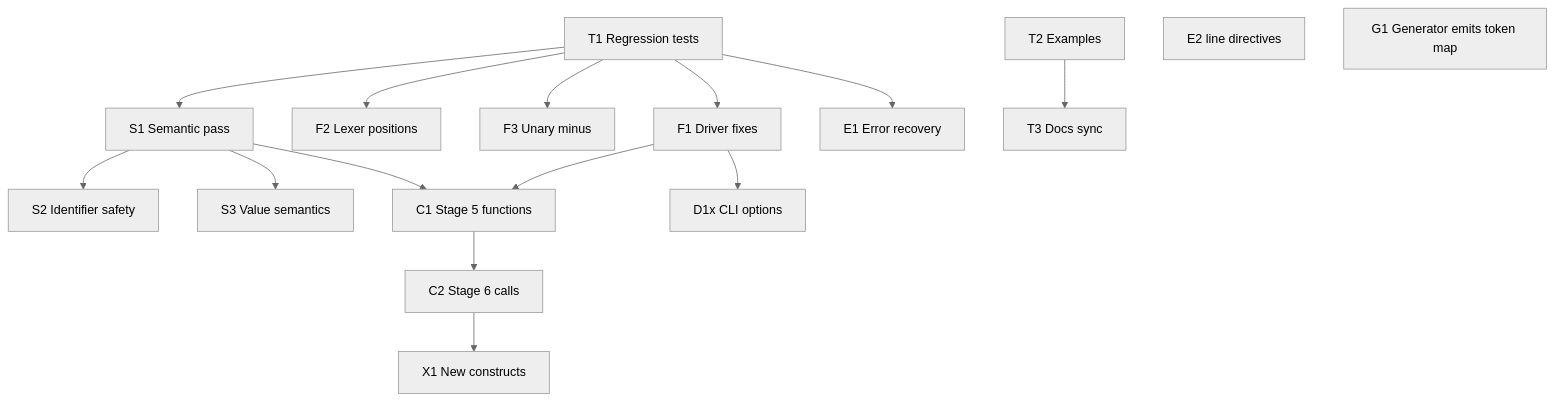
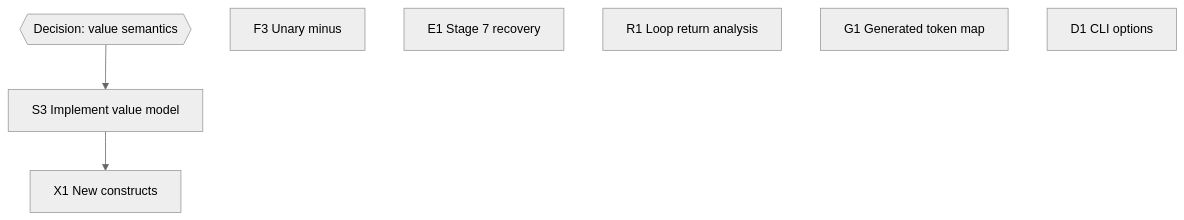
The diagram in docs/FayZul_Development_Roadmap.md (mahadashan/FayZul), drawn with Mermaid (neutral theme) before and after one commit. The commit also changed other lines of this file and 174 other files, not shown here.

````diff
--- a/docs/FayZul_Development_Roadmap.md
+++ b/docs/FayZul_Development_Roadmap.md
@@ -139,18 +119,10 @@
 ```mermaid
 flowchart TD
-    T1[T1 Regression tests] --> F1[F1 Driver fixes]
-    T1 --> F2[F2 Lexer positions]
-    T1 --> F3[F3 Unary minus]
-    T1 --> S1[S1 Semantic pass]
-    T1 --> E1[E1 Error recovery]
-    T2[T2 Examples] --> T3[T3 Docs sync]
-    S1 --> S2[S2 Identifier safety]
-    S1 --> S3[S3 Value semantics]
-    S1 --> C1[C1 Stage 5 functions]
-    F1 --> C1
-    C1 --> C2[C2 Stage 6 calls]
-    F1 --> D1x[D1x CLI options]
-    C2 --> X1[X1 New constructs]
-    E2[E2 line directives]
-    G1[G1 Generator emits token map]
+    S3{{Decision: value semantics}} --> S3i[S3 Implement value model]
+    S3i --> X1[X1 New constructs]
+    F3[F3 Unary minus]
+    E1[E1 Stage 7 recovery]
+    R1[R1 Loop return analysis]
+    G1[G1 Generated token map]
+    D1[D1 CLI options]
 ```
````
